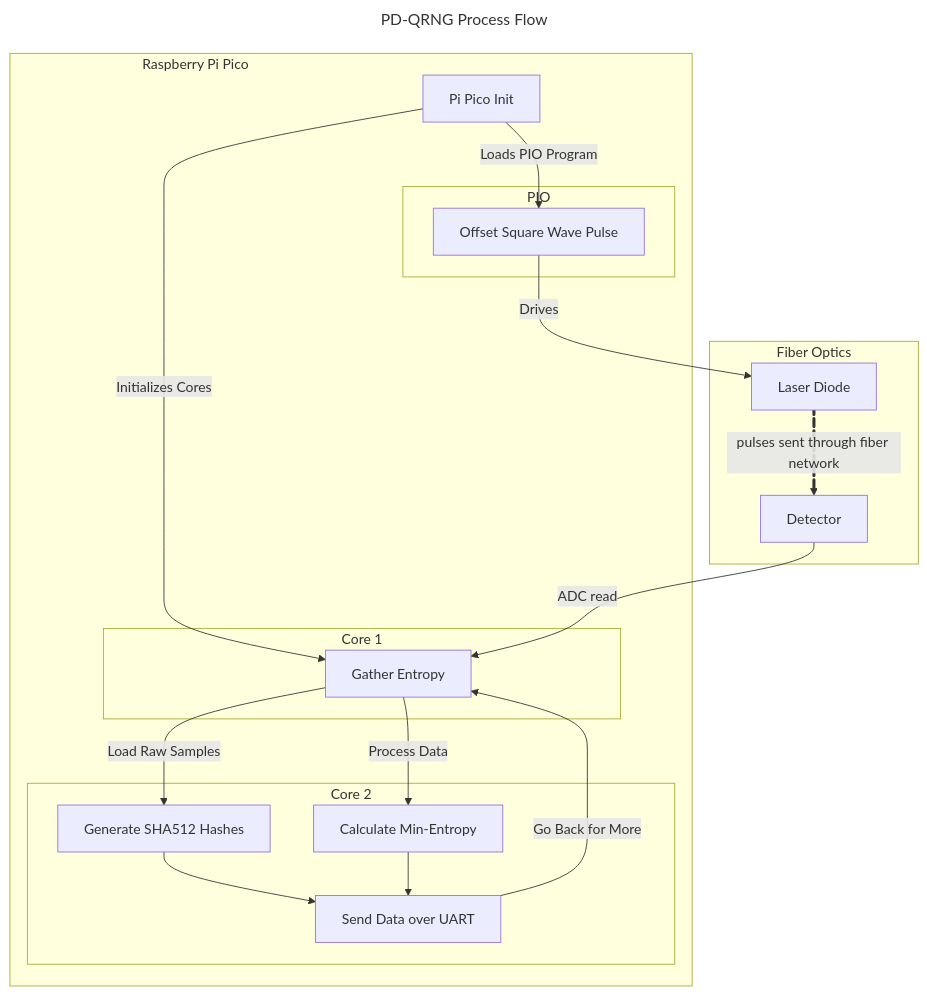
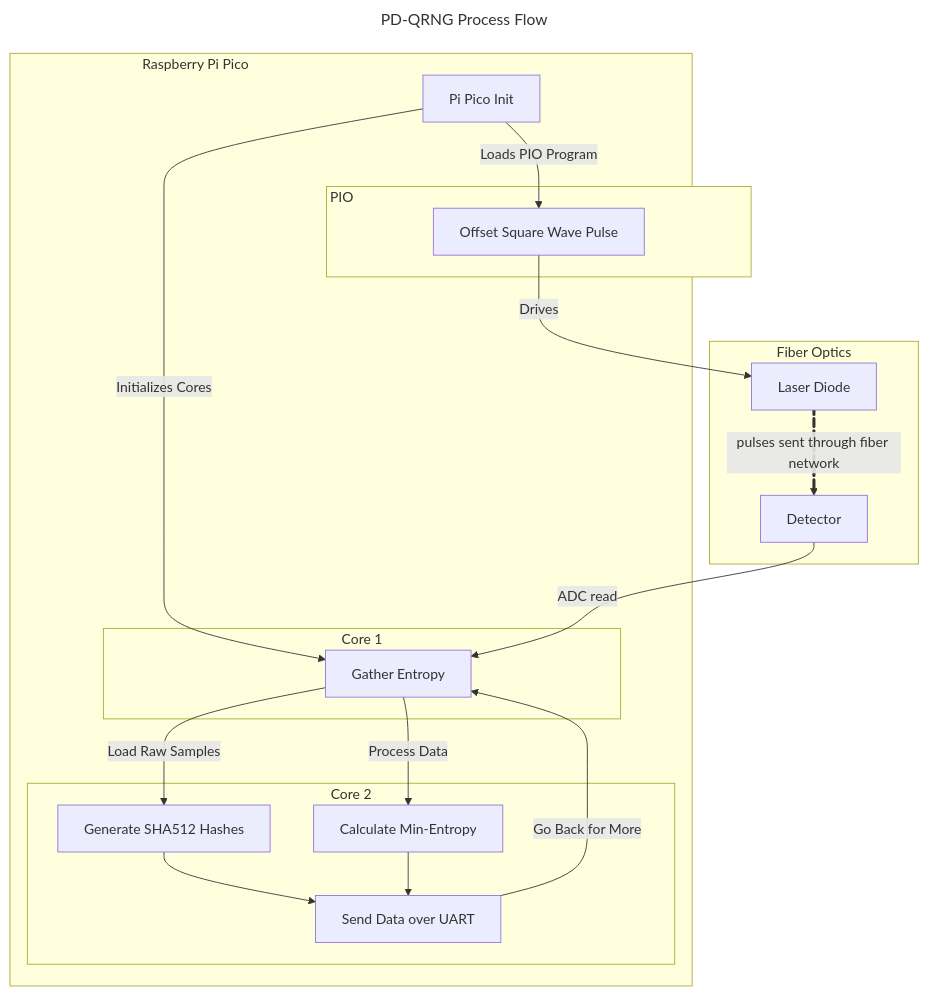
Before and after one commit to QuantumVillage/FiberRanger: the diagram in README.md, drawn with Mermaid.

Commit message:
added flow charts

````diff
--- a/README.md
+++ b/README.md
@@ -9,37 +9,37 @@
 ```mermaid
 ---
 title: PD-QRNG Process Flow
 ---
 
 flowchart TD
     subgraph Fiber Optics
     L[Laser Diode]
     D[Detector]
     end
     subgraph R[<div style="width:30em; height:8em; display:flex; justify-content: flex-start;">Raspberry Pi Pico</div>]
         I[Pi Pico Init]
-        subgraph PIO
+        subgraph PIO [<div style="width:30em; height:8em; display:flex; justify-content: flex-start;">PIO</div>]
         A[Offset Square Wave Pulse]
         end
         subgraph Core 1
         G[Gather Entropy]
         end
         subgraph Core 2
         M[Calculate Min-Entropy]
         S[Generate SHA512 Hashes]
         U[Send Data over UART]
         end
     end
     I -->|Initializes Cores| G[Gather Entropy]
     I -->|Loads PIO Program| A
     D -->|ADC read| G
     G -->|Process Data| M
     G -->|Load Raw Samples| S
     S --> U
     M --> U
     U -->|Go Back for More| G
     A  -->|Drives| L
     L e1@==>|pulses sent through fiber network| D
     e1@{ animate: true }
 
 ```
````
